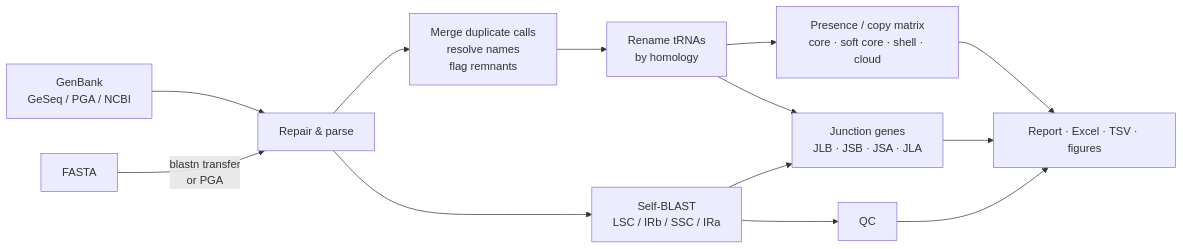
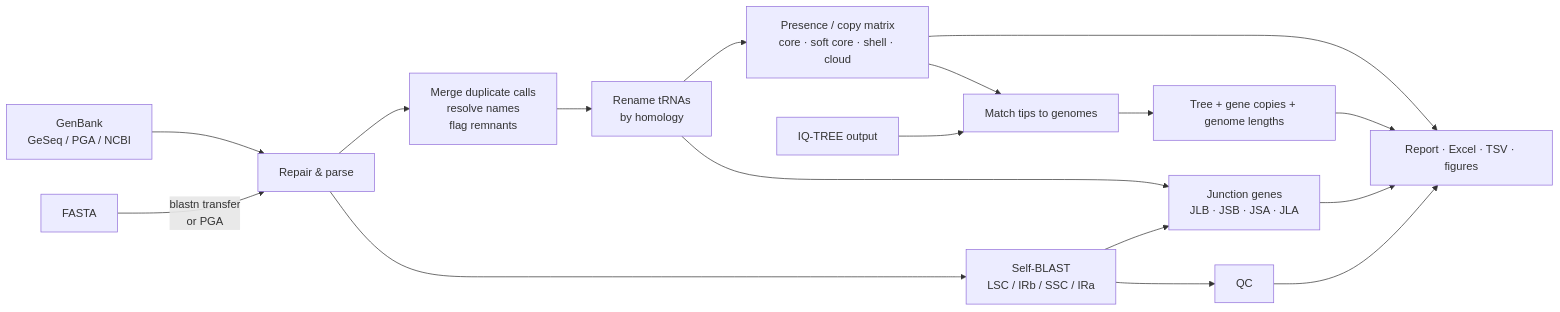
One commit to sshskrbna/PanPlast changed the diagram in README.md. Above: the diagram before and after it, drawn with Mermaid. The commit also changed other lines of this file, not shown here.

Commit message:
Expand README with IQ-TREE quick start and output interpretation

````diff
--- a/README.md
+++ b/README.md
@@ -412,14 +461,18 @@
 ```mermaid
 flowchart LR
     A[GenBank<br>GeSeq / PGA / NCBI] --> C[Repair &amp; parse]
     B[FASTA] -->|blastn transfer<br>or PGA| C
     C --> D[Merge duplicate calls<br>resolve names<br>flag remnants]
     D --> E[Rename tRNAs<br>by homology]
     C --> F[Self-BLAST<br>LSC / IRb / SSC / IRa]
     E --> G[Presence / copy matrix<br>core · soft core · shell · cloud]
     E --> H[Junction genes<br>JLB · JSB · JSA · JLA]
     F --> H
     G --> I[Report · Excel · TSV · figures]
     H --> I
     F --> J[QC] --> I
+    T[IQ-TREE output] --> K[Match tips to genomes]
+    G --> K
+    K --> L[Tree + gene copies + genome lengths]
+    L --> I
 ```
````
